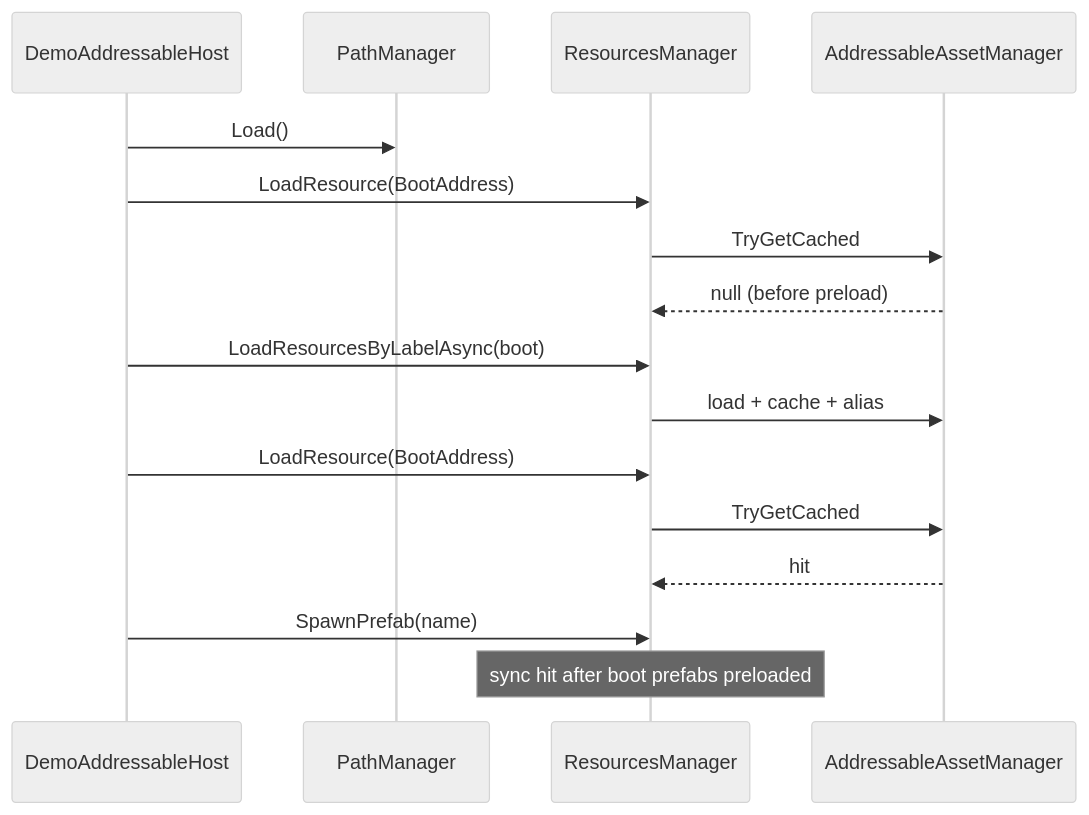
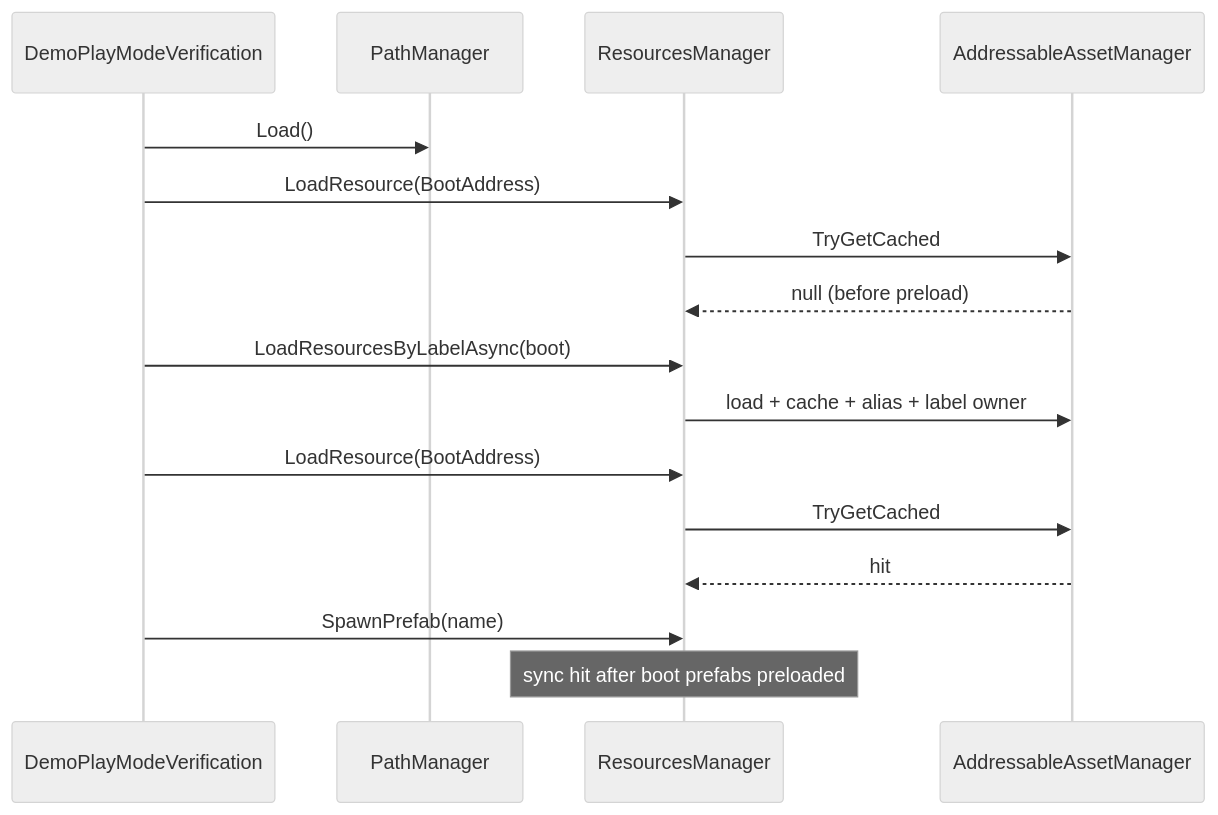
Before and after one commit to monet5379/unity-addressable: the diagram in docs/architecture/Architecture_BootFlow.md, drawn with Mermaid (neutral theme). The commit also changed other lines of this file and 9 other files, not shown here.

````diff
--- a/docs/architecture/Architecture_BootFlow.md
+++ b/docs/architecture/Architecture_BootFlow.md
@@ -61,19 +61,19 @@
 ```mermaid
 sequenceDiagram
-    participant Host as DemoAddressableHost
+    participant Verify as DemoPlayModeVerification
     participant PM as PathManager
     participant RM as ResourcesManager
     participant Cache as AddressableAssetManager
 
-    Host->>PM: Load()
-    Host->>RM: LoadResource(BootAddress)
+    Verify->>PM: Load()
+    Verify->>RM: LoadResource(BootAddress)
     RM->>Cache: TryGetCached
     Cache-->>RM: null (before preload)
-    Host->>RM: LoadResourcesByLabelAsync(boot)
-    RM->>Cache: load + cache + alias
-    Host->>RM: LoadResource(BootAddress)
+    Verify->>RM: LoadResourcesByLabelAsync(boot)
+    RM->>Cache: load + cache + alias + label owner
+    Verify->>RM: LoadResource(BootAddress)
     RM->>Cache: TryGetCached
     Cache-->>RM: hit
-    Host->>RM: SpawnPrefab(name)
+    Verify->>RM: SpawnPrefab(name)
     Note over RM: sync hit after boot prefabs preloaded
 ```
````
